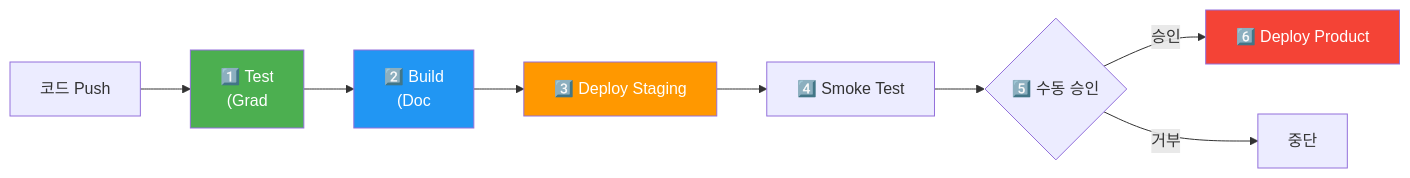
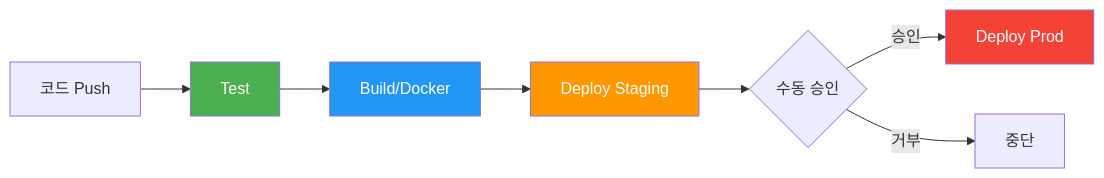
The fourth of 5 diagrams in _posts/cicd/2026-05-03-github-actions-deep.md (yjkim2015/yjkim2015.github.io), drawn with Mermaid before and after one commit. The commit also changed other lines of this file and 245 other files, not shown here.

First line of the commit message:
Mermaid 다이어그램 전면 수정 + 면접 포인트 접기/펼치기 + DB 데드락 페이지

````diff
--- a/_posts/cicd/2026-05-03-github-actions-deep.md
+++ b/_posts/cicd/2026-05-03-github-actions-deep.md
@@ -385,14 +385,13 @@
 ```mermaid
 graph LR
-    PUSH["코드 Push"] --> TEST["1️⃣ Test<br/>(Grad"]
-    TEST --> BUILD["2️⃣ Build<br/>(Doc"]
-    BUILD --> STAGING["3️⃣ Deploy Staging"]
-    STAGING --> SMOKE["4️⃣ Smoke Test"]
-    SMOKE --> APPROVE{"5️⃣ 수동 승인"}
-    APPROVE -->|"승인"| PROD["6️⃣ Deploy Product"]
+    PUSH["코드 Push"] --> TEST["Test"]
+    TEST --> BUILD["Build/Docker"]
+    BUILD --> STAGING["Deploy Staging"]
+    STAGING --> APPROVE{"수동 승인"}
+    APPROVE -->|"승인"| PROD["Deploy Prod"]
     APPROVE -->|"거부"| STOP["중단"]
     style TEST fill:#4CAF50,color:#fff
     style BUILD fill:#2196F3,color:#fff
     style STAGING fill:#FF9800,color:#fff
     style PROD fill:#F44336,color:#fff
 ```
````
